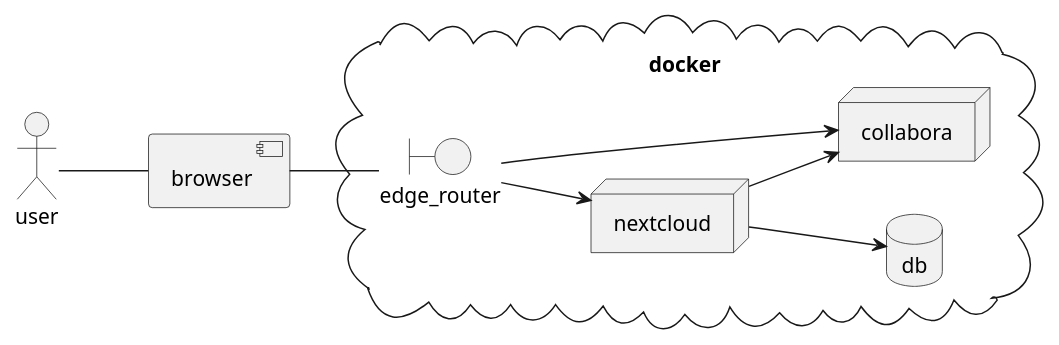
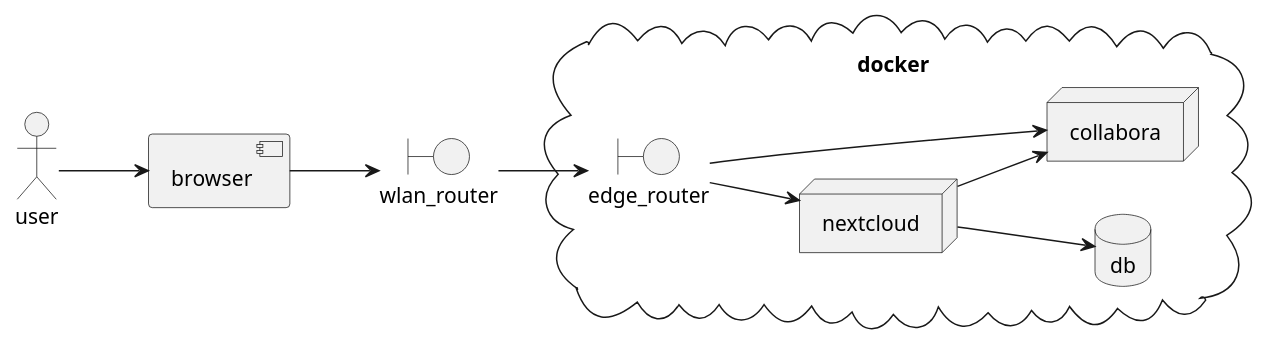
The diagram in src/main/jbake/content/documentation/howto/nextcloud/index.adoc (dancier/documentation), drawn with PlantUML before and after one commit. The commit also changed other lines of this file and 1 other file, not shown here.

```diff
--- a/src/main/jbake/content/documentation/howto/nextcloud/index.adoc
+++ b/src/main/jbake/content/documentation/howto/nextcloud/index.adoc
@@ -75,22 +84,23 @@
 [plantuml, cloud-architecture, svg]
 ....
 @startuml
 left to right direction
 actor user
 component browser
+ boundary wlan_router
  cloud docker {
    database db
    boundary edge_router
    node nextcloud
    node collabora
  }
-
-user -- browser
-browser -- edge_router
+user --> browser
+browser --> wlan_router
+wlan_router --> edge_router
 edge_router --> nextcloud
 edge_router --> collabora
 nextcloud --> db
 nextcloud --> collabora
 
 @enduml
 ....
```
